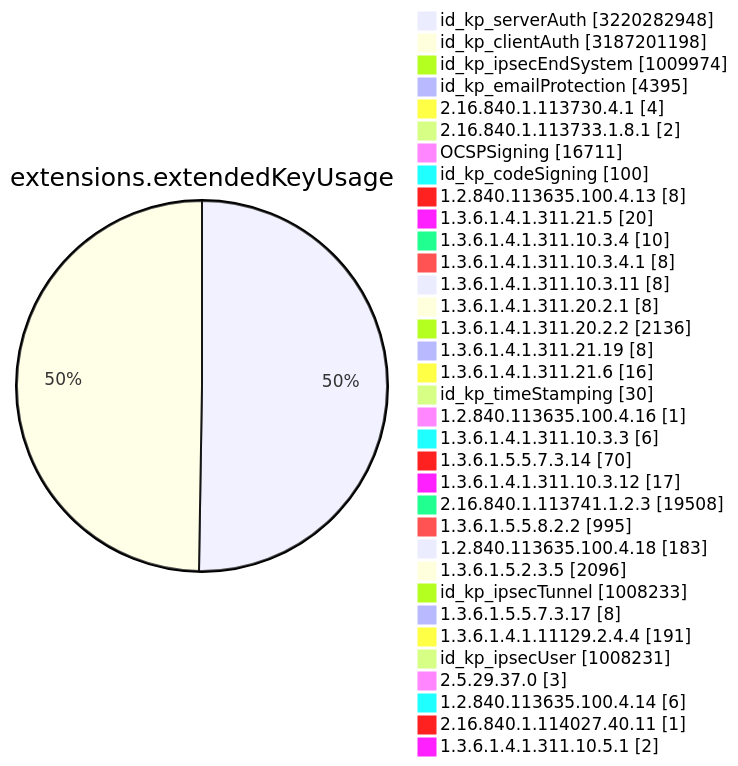
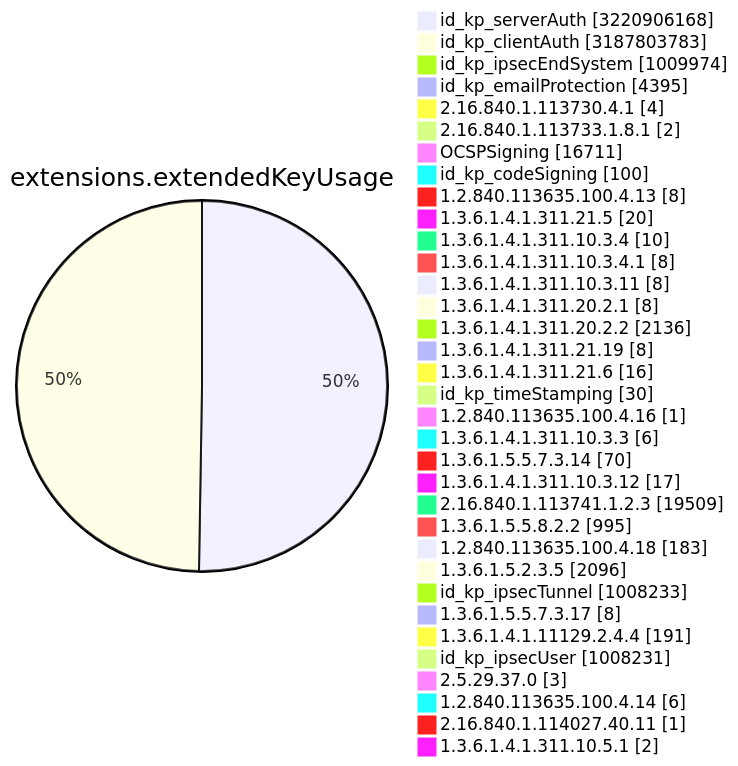
Diagram 11 of 15 in TOTAL/README.md (christiankrug/ctmonitor_visualization), drawn with Mermaid before and after one commit. The commit also changed other lines of this file, not shown here.

````diff
--- a/TOTAL/README.md
+++ b/TOTAL/README.md
@@ -4119,38 +4119,38 @@
 ```mermaid
 pie showData
 title extensions.extendedKeyUsage
-"id_kp_serverAuth" :3220282948
-"id_kp_clientAuth" :3187201198
+"id_kp_serverAuth" :3220906168
+"id_kp_clientAuth" :3187803783
 "id_kp_ipsecEndSystem" :1009974
 "id_kp_emailProtection" :4395
 "2.16.840.1.113730.4.1" :4
 "2.16.840.1.113733.1.8.1" :2
 "OCSPSigning" :16711
 "id_kp_codeSigning" :100
 "1.2.840.113635.100.4.13" :8
 "1.3.6.1.4.1.311.21.5" :20
 "1.3.6.1.4.1.311.10.3.4" :10
 "1.3.6.1.4.1.311.10.3.4.1" :8
 "1.3.6.1.4.1.311.10.3.11" :8
 "1.3.6.1.4.1.311.20.2.1" :8
 "1.3.6.1.4.1.311.20.2.2" :2136
 "1.3.6.1.4.1.311.21.19" :8
 "1.3.6.1.4.1.311.21.6" :16
 "id_kp_timeStamping" :30
 "1.2.840.113635.100.4.16" :1
 "1.3.6.1.4.1.311.10.3.3" :6
 "1.3.6.1.5.5.7.3.14" :70
 "1.3.6.1.4.1.311.10.3.12" :17
-"2.16.840.1.113741.1.2.3" :19508
+"2.16.840.1.113741.1.2.3" :19509
 "1.3.6.1.5.5.8.2.2" :995
 "1.2.840.113635.100.4.18" :183
 "1.3.6.1.5.2.3.5" :2096
 "id_kp_ipsecTunnel" :1008233
 "1.3.6.1.5.5.7.3.17" :8
 "1.3.6.1.4.1.11129.2.4.4" :191
 "id_kp_ipsecUser" :1008231
 "2.5.29.37.0" :3
 "1.2.840.113635.100.4.14" :6
 "2.16.840.1.114027.40.11" :1
 "1.3.6.1.4.1.311.10.5.1" :2
 ```
````
